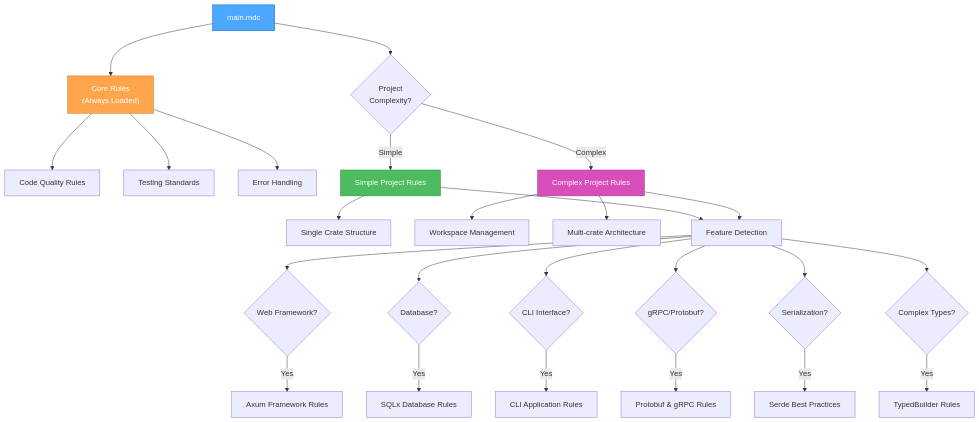
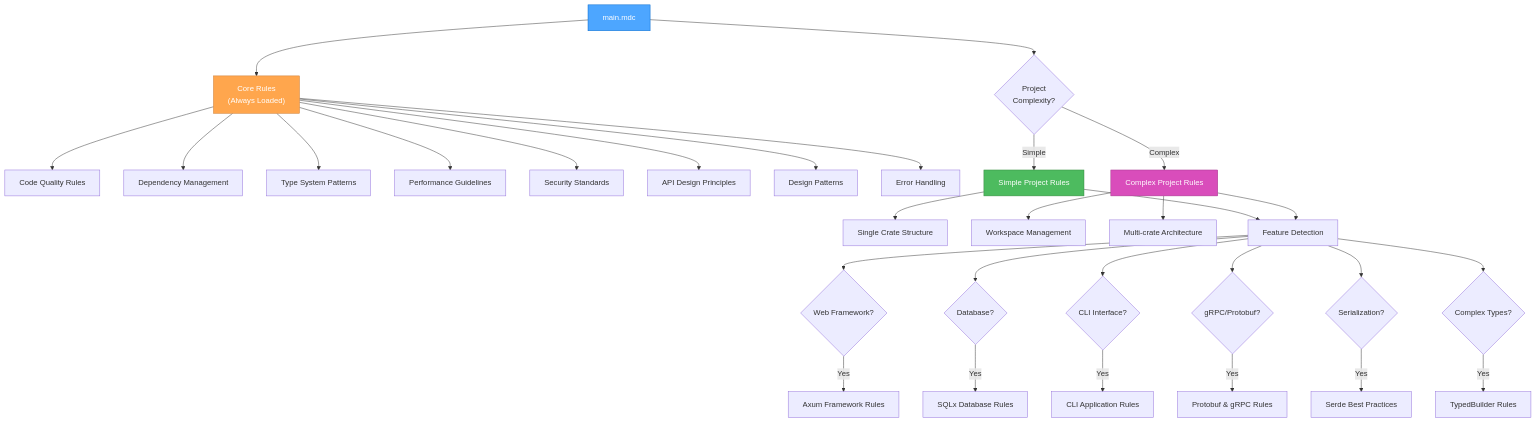
The second of 3 diagrams in .cursor/rules/rust/main.mdc (JunaYa/cursor-rust-rules), drawn with Mermaid before and after one commit. The commit also changed other lines of this file and 18 other files, not shown here.

````diff
--- a/.cursor/rules/rust/main.mdc
+++ b/.cursor/rules/rust/main.mdc
@@ -74,37 +74,42 @@
 ```mermaid
 graph TD
     Main["main.mdc"] --> Core["Core Rules<br>(Always Loaded)"]
     Main --> Complexity{"Project<br>Complexity?"}
 
     Core --> Quality["Code Quality Rules"]
-    Core --> Testing["Testing Standards"]
+    Core --> Dependencies["Dependency Management"]
+    Core --> Types["Type System Patterns"]
+    Core --> Performance["Performance Guidelines"]
+    Core --> Security["Security Standards"]
+    Core --> API["API Design Principles"]
+    Core --> Patterns["Design Patterns"]
     Core --> ErrorHandling["Error Handling"]
 
     Complexity -->|Simple| SimpleRules["Simple Project Rules"]
     Complexity -->|Complex| ComplexRules["Complex Project Rules"]
 
     SimpleRules --> SingleCrate["Single Crate Structure"]
     ComplexRules --> Workspace["Workspace Management"]
     ComplexRules --> MultiCrate["Multi-crate Architecture"]
 
     SimpleRules & ComplexRules --> FeatureDetection["Feature Detection"]
 
     FeatureDetection --> WebFeature{"Web Framework?"}
     FeatureDetection --> DBFeature{"Database?"}
     FeatureDetection --> CLIFeature{"CLI Interface?"}
     FeatureDetection --> GRPCFeature{"gRPC/Protobuf?"}
     FeatureDetection --> SerdeFeature{"Serialization?"}
     FeatureDetection --> BuilderFeature{"Complex Types?"}
 
     WebFeature -->|Yes| AxumRules["Axum Framework Rules"]
     DBFeature -->|Yes| SQLxRules["SQLx Database Rules"]
     CLIFeature -->|Yes| CLIRules["CLI Application Rules"]
     GRPCFeature -->|Yes| GRPCRules["Protobuf & gRPC Rules"]
     SerdeFeature -->|Yes| SerdeRules["Serde Best Practices"]
     BuilderFeature -->|Yes| TypedBuilderRules["TypedBuilder Rules"]
 
     style Main fill:#4da6ff,stroke:#0066cc,color:white
     style Core fill:#ffa64d,stroke:#cc7a30,color:white
     style SimpleRules fill:#4dbb5f,stroke:#36873f,color:white
     style ComplexRules fill:#d94dbb,stroke:#a3378a,color:white
 ```
````
